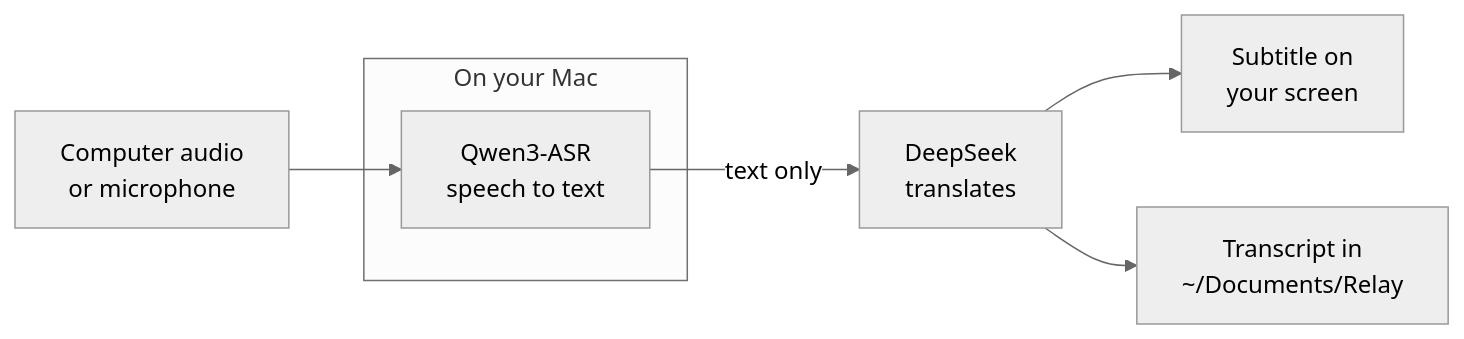
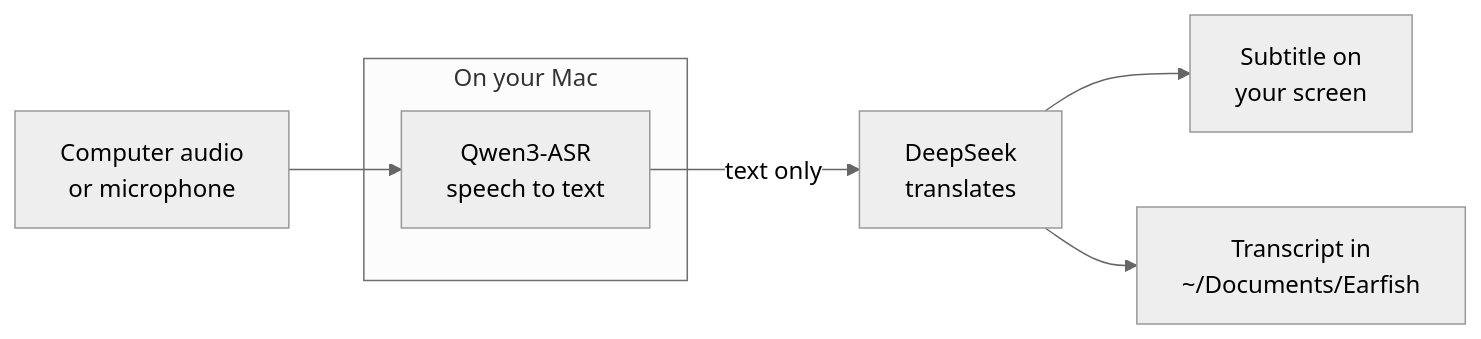
Before and after one commit to yx-yan/earfish: the diagram in README.md, drawn with Mermaid (neutral theme). The commit also changed other lines of this file and 36 other files, not shown here.

````diff
--- a/README.md
+++ b/README.md
@@ -24,10 +24,10 @@
 ```mermaid
 flowchart LR
     A["Computer audio<br>or microphone"] --> B
     subgraph mac["On your Mac"]
         B["Qwen3-ASR<br>speech to text"]
     end
     B -- "text only" --> C["DeepSeek<br>translates"]
     C --> D["Subtitle on<br>your screen"]
-    C --> E["Transcript in<br>~/Documents/Relay"]
+    C --> E["Transcript in<br>~/Documents/Earfish"]
 ```
````
